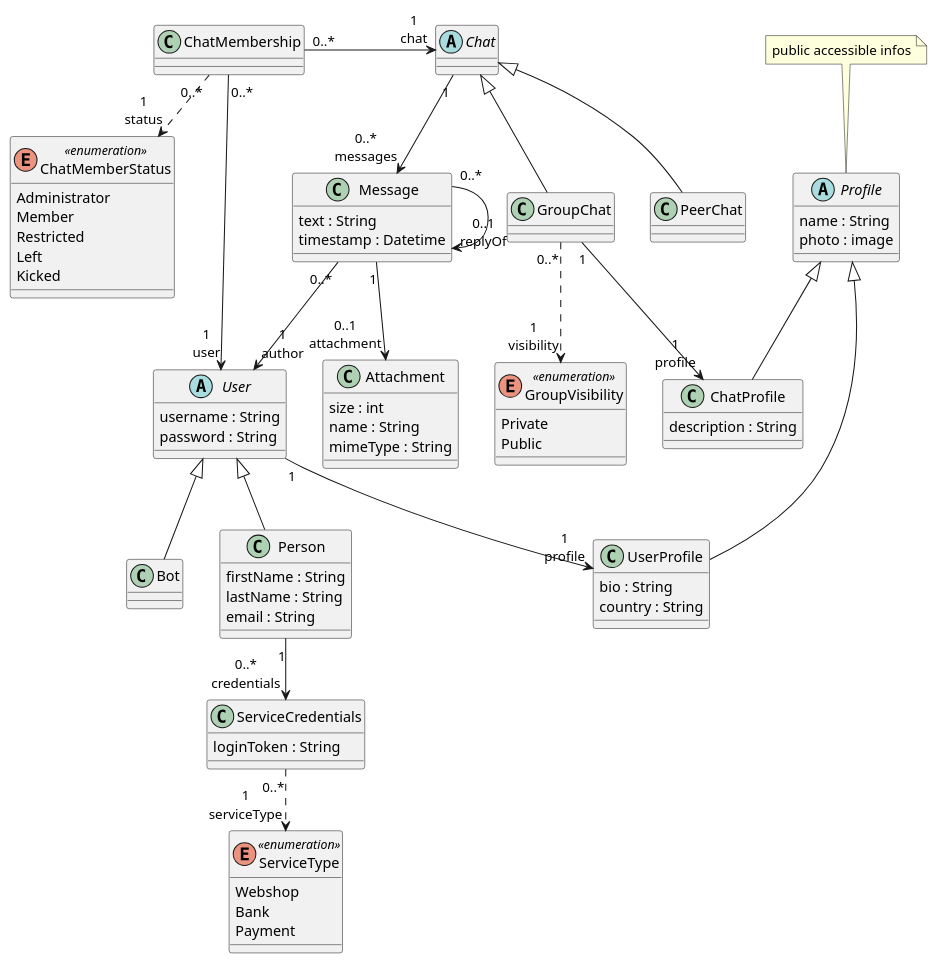
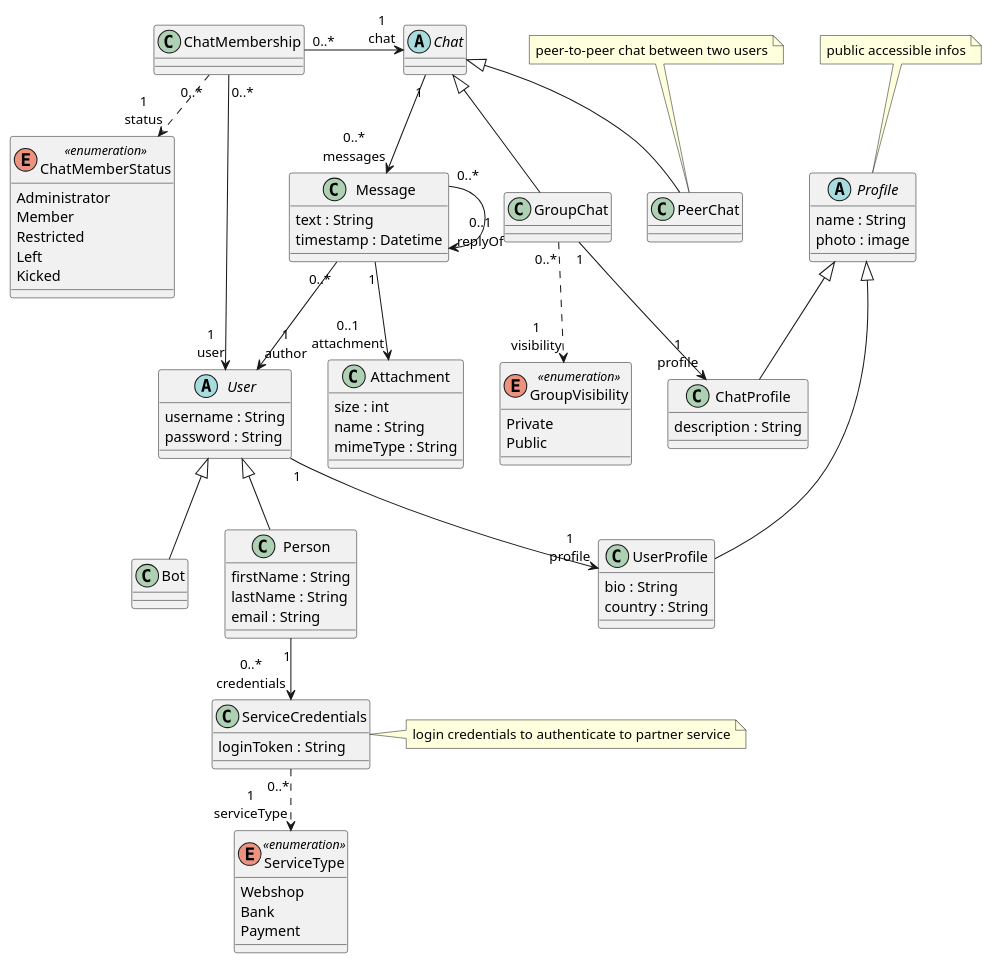
Before and after one commit to bbenno/oth-sw: the diagram in src/doc/uml-domain.puml, drawn with PlantUML.

Commit message:
Add notes

```diff
--- a/src/doc/uml-domain.puml
+++ b/src/doc/uml-domain.puml
@@ -1,104 +1,106 @@
 @startuml chat-domain
 ' classes in alphabetical order
 class Attachment {
     size : int
     name : String
     mimeType : String
 }
 
 abstract class Chat
 
 class ChatMembership
 
 enum ChatMemberStatus <<enumeration>> {
     Administrator
     Member
     Restricted
     Left
     Kicked
 }
 
 class ChatProfile {
     description : String
 }
 
 class GroupChat
 
 enum GroupVisibility <<enumeration>> {
     Private
     Public
 }
 
 class ServiceCredentials {
     loginToken : String
 }
 
 class Message {
     text : String
     timestamp : Datetime
 }
 
 class Person {
     firstName : String
     lastName : String
     email : String
 }
 
 class PeerChat
 
 abstract class Profile {
     name : String
     photo : image
 }
 
 enum ServiceType <<enumeration>> {
     Webshop
     Bank
     Payment
 }
 
 abstract class User {
     username : String
     password : String
 }
 
 class UserProfile {
     bio : String
     country : String
 }
 
 ' Inheritance
 '' Profile
 Profile <|-- ChatProfile
 Profile <|-- UserProfile
 '' Chat inheritance
 Chat <|-- PeerChat
 Chat <|-- GroupChat
 
 '' Person inheritance
 User <|-- Person
 User <|-- Bot
 
 ' Relations
 '' to Chat
 ChatMembership "0..*" --> "1\nuser" User
 ChatMembership "0..*" -right-> "1\nchat" Chat
 
 '' to Message
 Message "0..*" --> "1\nauthor" User
 Chat "1" --> "0..*\nmessages" Message
 Message "1" --> "0..1\nattachment" Attachment
 Message "0..*" --> "0..1\nreplyOf" Message
 
 '' with Enumerations
 ServiceCredentials "0..*" ..> "1\nserviceType" ServiceType
 ChatMembership "0..*" ..> "1\nstatus" ChatMemberStatus
 GroupChat "0..*" ..> "1\nvisibility" GroupVisibility
 
 '' Misc
 Person "1" --> "0..*\ncredentials" ServiceCredentials
 User "1" --> "1\nprofile" UserProfile
 GroupChat "1" --> "1\nprofile" ChatProfile
 
 note top of Profile: public accessible infos
+note right of ServiceCredentials: login credentials to authenticate to partner service
+note top of PeerChat: peer-to-peer chat between two users
 @enduml
```
